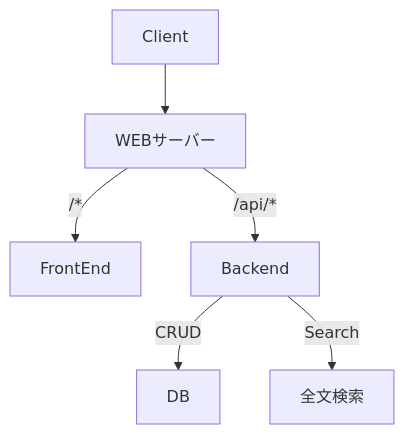
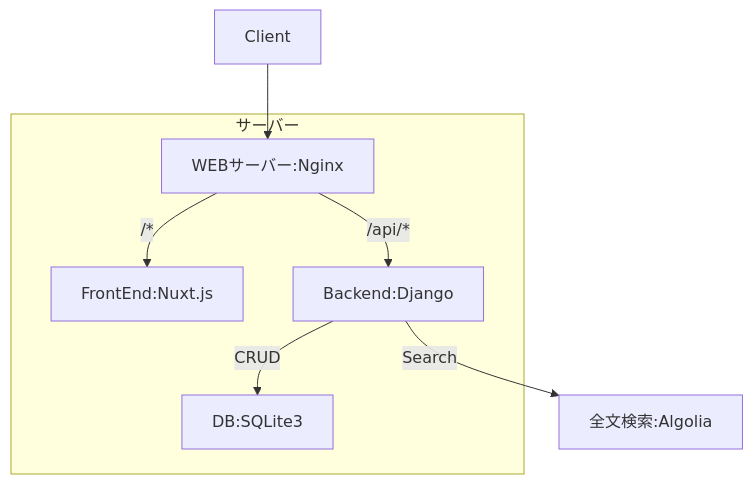
Before and after one commit to wasedasai/StudyBook: the diagram in textbook/Basic_Infra.md, drawn with Mermaid.

````diff
--- a/textbook/Basic_Infra.md
+++ b/textbook/Basic_Infra.md
@@ -34,8 +34,10 @@
 ```mermaid
-flowchart TD
-  Client-->A[WEBサーバー]
-  A-->|/*|FrontEnd
-  A-->|/api/*|B[Backend]
-    B-->|CRUD|DB
-    B-->|Search|全文検索
+flowchart 
+  Client-->A[WEBサーバー:Nginx]
+  subgraph サーバー
+  A-->|/*|FrontEnd:Nuxt.js
+  A-->|/api/*|B[Backend:Django]
+  B-->|CRUD|DB:SQLite3
+  end
+  B-->|Search|全文検索:Algolia
 ```
````
